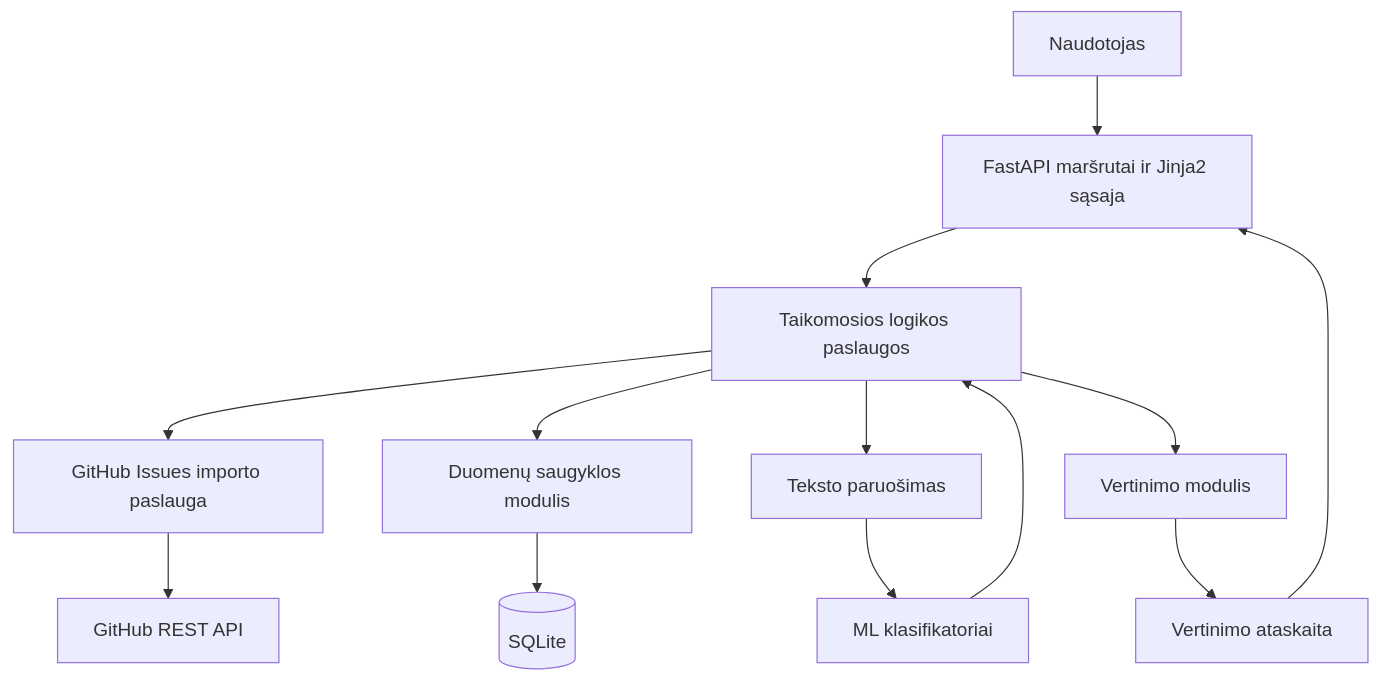
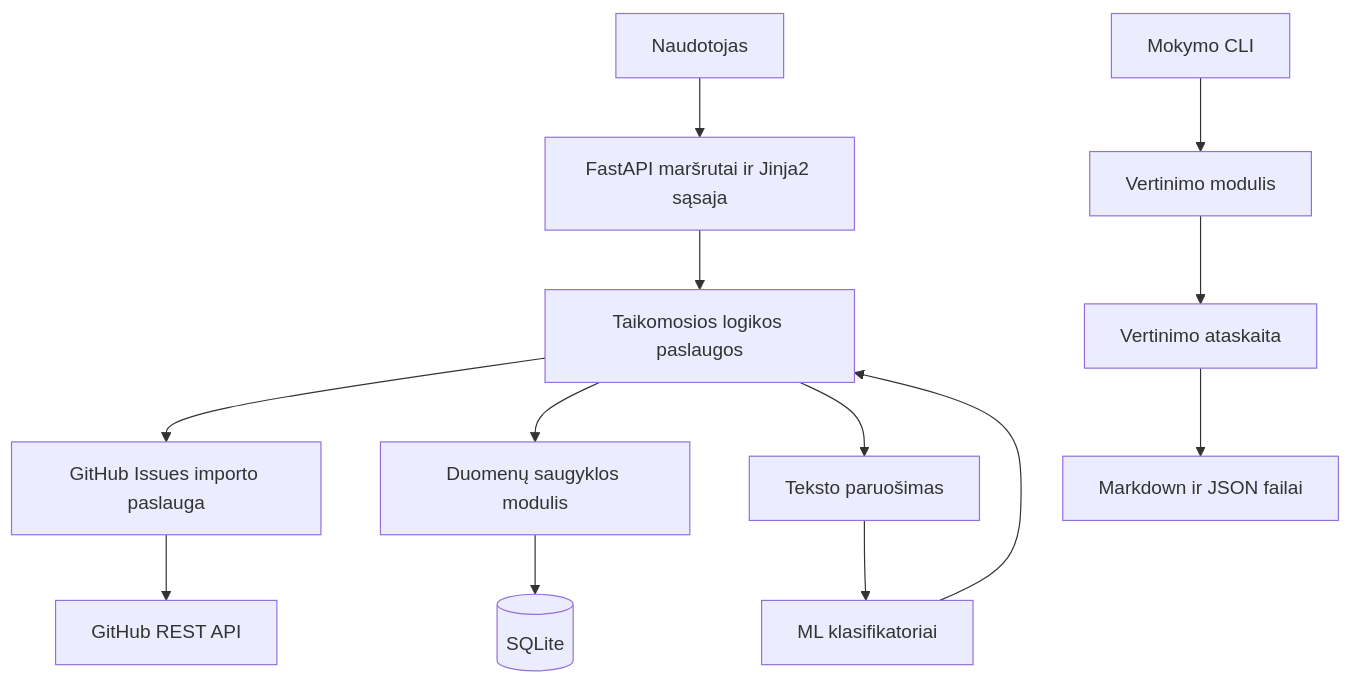
One commit to darijuslip902/Bakalauras changed the diagram in ARCHITECTURE.md. Above: the diagram before and after it, drawn with Mermaid. The commit also changed other lines of this file, not shown here.

Commit message:
docs: synchronize ARCHITECTURE.md with completed 5D

````diff
--- a/ARCHITECTURE.md
+++ b/ARCHITECTURE.md
@@ -41,15 +51,15 @@
 ```mermaid
 flowchart TD
   U[Naudotojas] --> W[FastAPI maršrutai ir Jinja2 sąsaja]
   W --> S[Taikomosios logikos paslaugos]
   S --> G[GitHub Issues importo paslauga]
   S --> D[Duomenų saugyklos modulis]
   S --> P[Teksto paruošimas]
   P --> M[ML klasifikatoriai]
   M --> S
   D --> DB[(SQLite)]
   G --> GH[GitHub REST API]
-  S --> E[Vertinimo modulis]
+  CLI[Mokymo CLI] --> E[Vertinimo modulis]
   E --> R[Vertinimo ataskaita]
-  R --> W
+  R --> F[Markdown ir JSON failai]
 ```
````
